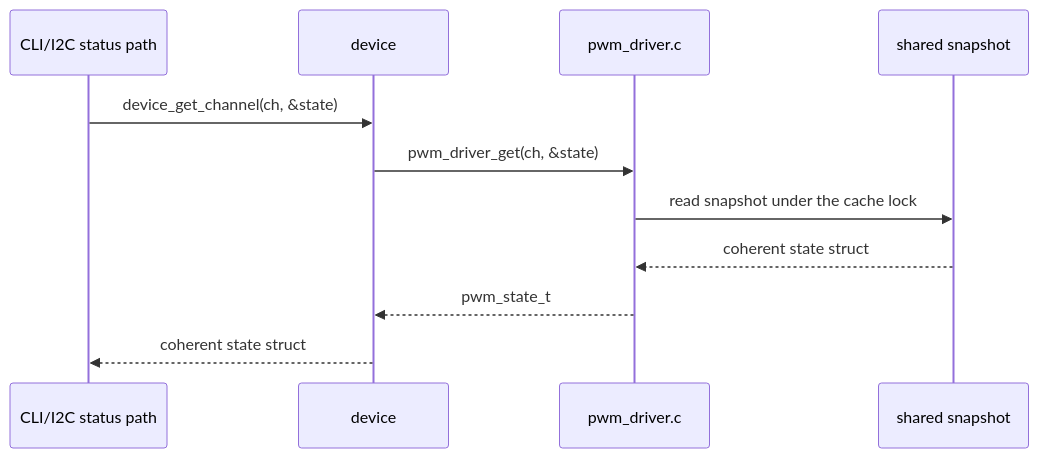
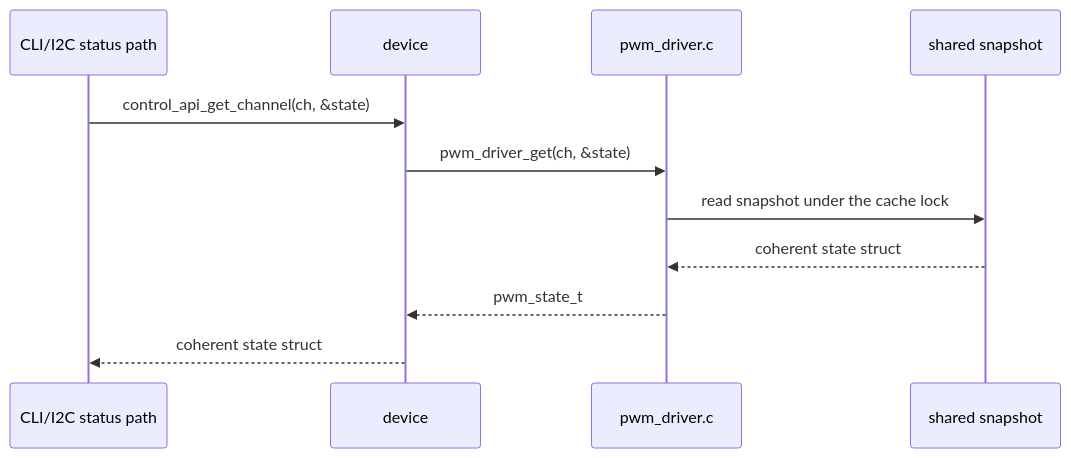
Before and after one commit to djwinter29-oss/PicoPWM: the seventh of 7 diagrams in docs/design/pwm-driver/driver-design.md, drawn with Mermaid. The commit also changed other lines of this file and 25 other files, not shown here.

````diff
--- a/docs/design/pwm-driver/driver-design.md
+++ b/docs/design/pwm-driver/driver-design.md
@@ -377,14 +377,14 @@
 ```mermaid
 sequenceDiagram
     participant UI as CLI/I2C status path
     participant CTL as device
     participant WR as pwm_driver.c
     participant SS as shared snapshot
 
-    UI->>CTL: device_get_channel(ch, &state)
+    UI->>CTL: control_api_get_channel(ch, &state)
     CTL->>WR: pwm_driver_get(ch, &state)
     WR->>SS: read snapshot under the cache lock
     SS-->>WR: coherent state struct
     WR-->>CTL: pwm_state_t
     CTL-->>UI: coherent state struct
 ```
````
